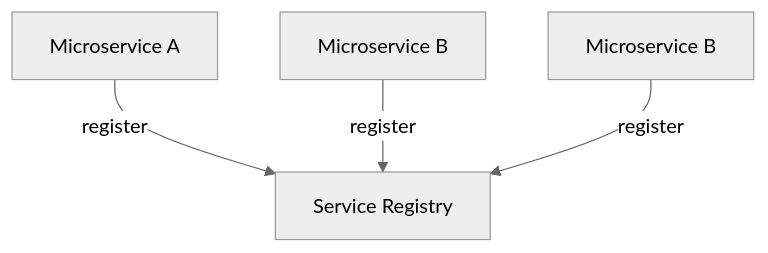
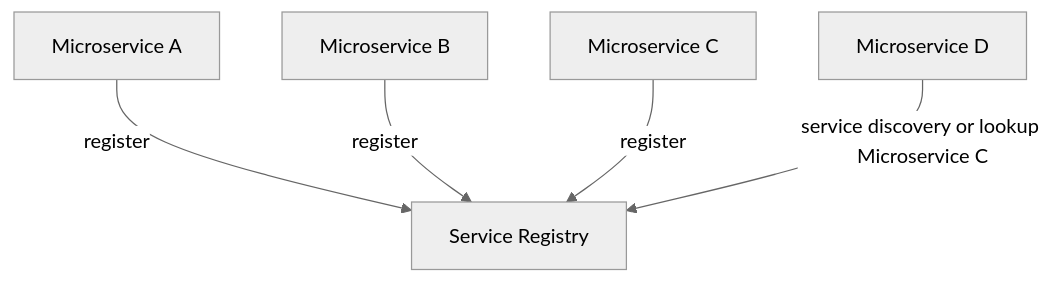
The diagram in service-discovery/README.md (sonamsamdupkhangsar/sonamsamdupkhangsar.github.io), drawn with Mermaid (neutral theme) before and after one commit.

Commit message:
add service discovery

````diff
--- a/service-discovery/README.md
+++ b/service-discovery/README.md
@@ -8,6 +8,7 @@
 ```mermaid
 flowchart TD    
     A[Microservice A] --> |register| Eureka[Service Registry]
     B[Microservice B] --> |register| Eureka
-    C[Microservice B] --> |register| Eureka
+    C[Microservice C] --> |register| Eureka
+    D[Microservice D] --> |service discovery or lookup Microservice C| Eureka
 ``` 
````
